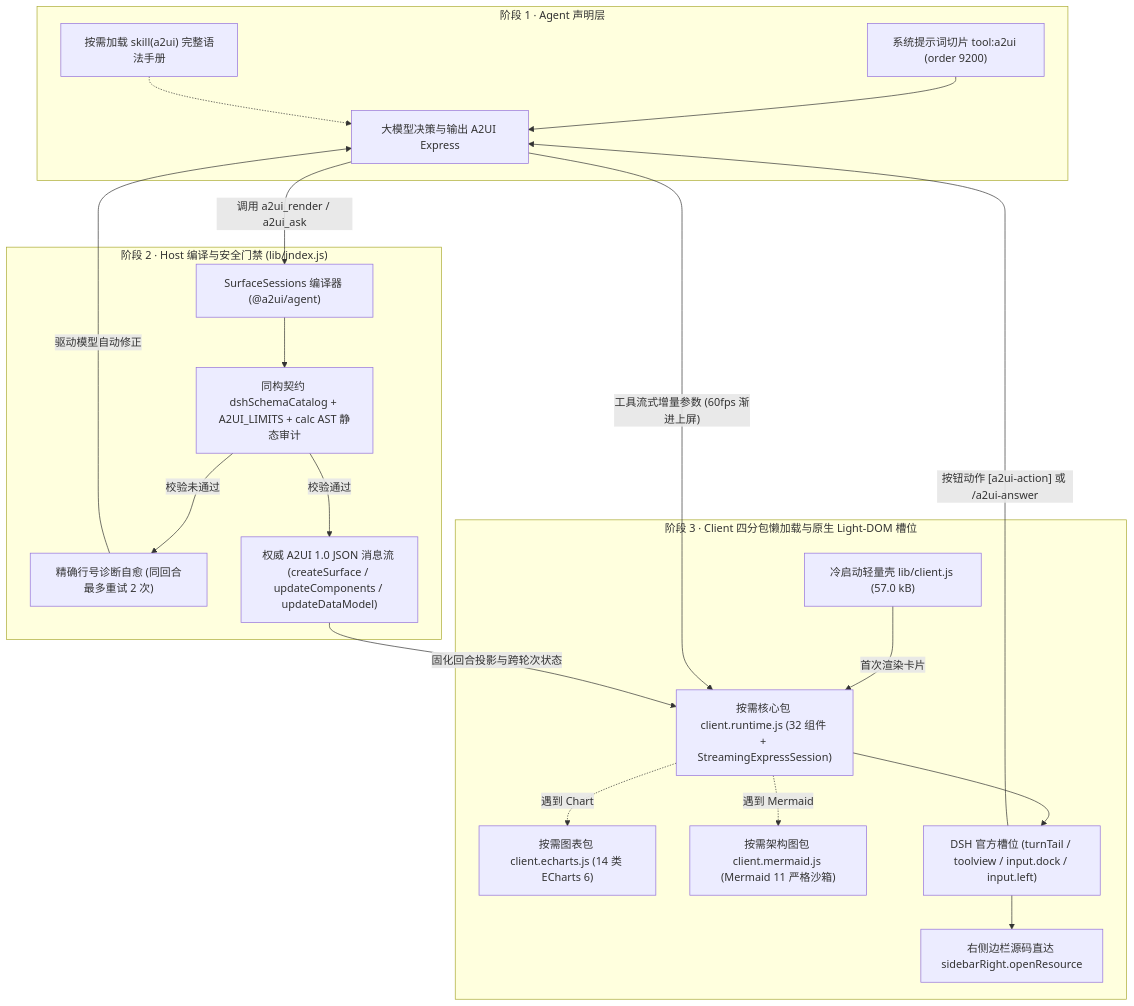
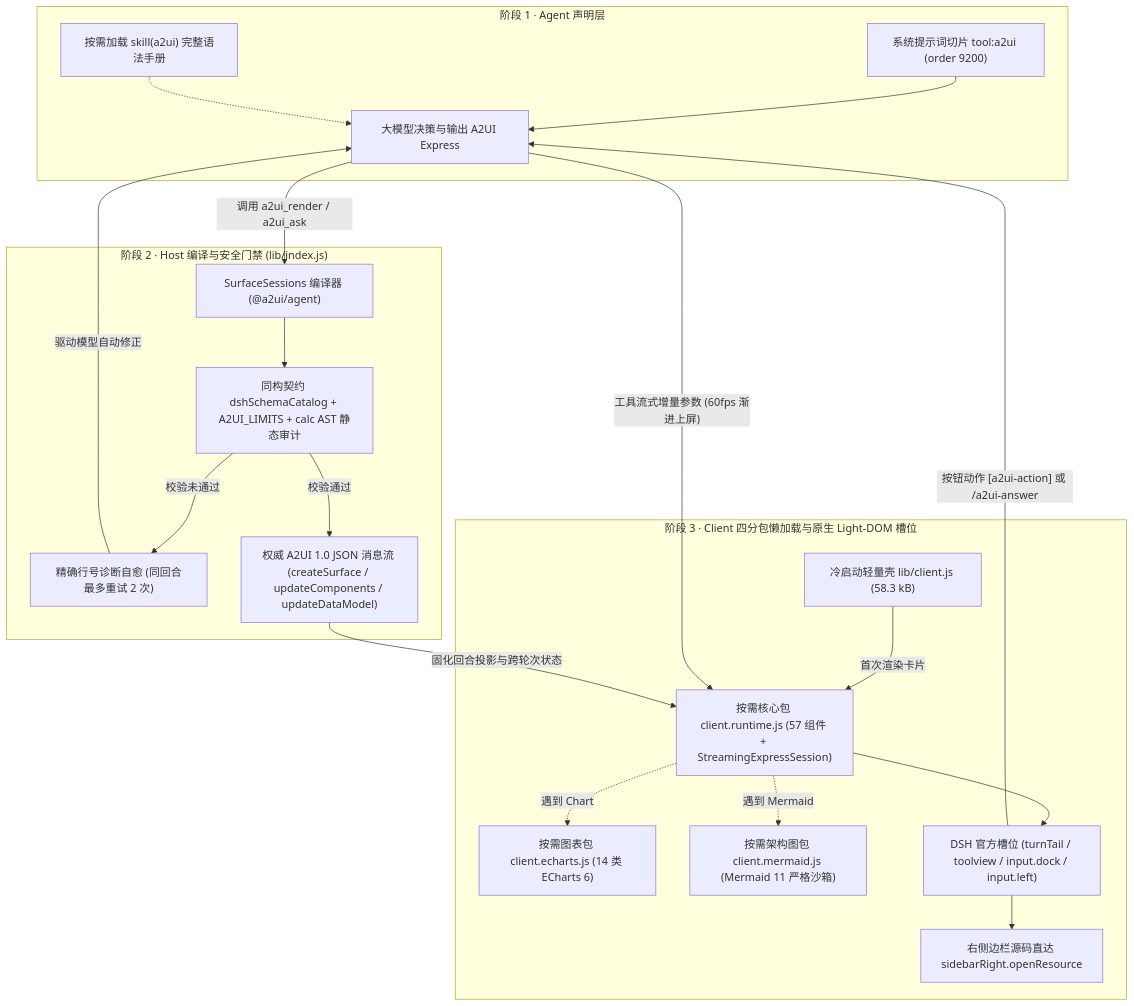
One commit to Geekhyt/dsh-genui-a2ui changed the diagram in docs/DEVELOPMENT.zh-CN.md. Above: the diagram before and after it, drawn with Mermaid. The commit also changed other lines of this file and 84 other files, not shown here.

Commit message:
feat: release v0.2.0 with 57 A2UI 1.0 components, ProTable, DSH host primitives, and zero-useEffect architecture

````diff
--- a/docs/DEVELOPMENT.zh-CN.md
+++ b/docs/DEVELOPMENT.zh-CN.md
@@ -17,40 +17,40 @@
 ```mermaid
 flowchart TB
   subgraph S1["阶段 1 · Agent 声明层"]
     P["系统提示词切片 tool:a2ui (order 9200)"]
     SK["按需加载 skill(a2ui) 完整语法手册"]
     LLM["大模型决策与输出 A2UI Express"]
     P --> LLM
     SK -.-> LLM
   end
 
   subgraph S2["阶段 2 · Host 编译与安全门禁 (lib/index.js)"]
     COMP["SurfaceSessions 编译器 (@a2ui/agent)"]
     ZOD["同构契约 dshSchemaCatalog + A2UI_LIMITS + calc AST 静态审计"]
     REPAIR["精确行号诊断自愈 (同回合最多重试 2 次)"]
     WIRE["权威 A2UI 1.0 JSON 消息流 (createSurface / updateComponents / updateDataModel)"]
     COMP --> ZOD
     ZOD -->|"校验未通过"| REPAIR
     REPAIR -->|"驱动模型自动修正"| LLM
     ZOD -->|"校验通过"| WIRE
   end
 
   subgraph S3["阶段 3 · Client 四分包懒加载与原生 Light-DOM 槽位"]
-    SHELL["冷启动轻量壳 lib/client.js (57.0 kB)"]
-    RT["按需核心包 client.runtime.js (32 组件 + StreamingExpressSession)"]
+    SHELL["冷启动轻量壳 lib/client.js (58.3 kB)"]
+    RT["按需核心包 client.runtime.js (57 组件 + StreamingExpressSession)"]
     EC["按需图表包 client.echarts.js (14 类 ECharts 6)"]
     MM["按需架构图包 client.mermaid.js (Mermaid 11 严格沙箱)"]
     SLOTS["DSH 官方槽位 (turnTail / toolview / input.dock / input.left)"]
     SIDE["右侧边栏源码直达 sidebarRight.openResource"]
     SHELL -->|"首次渲染卡片"| RT
     RT -.->|"遇到 Chart"| EC
     RT -.->|"遇到 Mermaid"| MM
     RT --> SLOTS
     SLOTS --> SIDE
   end
 
   LLM -->|"工具流式增量参数 (60fps 渐进上屏)"| RT
   LLM -->|"调用 a2ui_render / a2ui_ask"| COMP
   WIRE -->|"固化回合投影与跨轮次状态"| RT
   SLOTS -->|"按钮动作 [a2ui-action] 或 /a2ui-answer"| LLM
 ```
````
